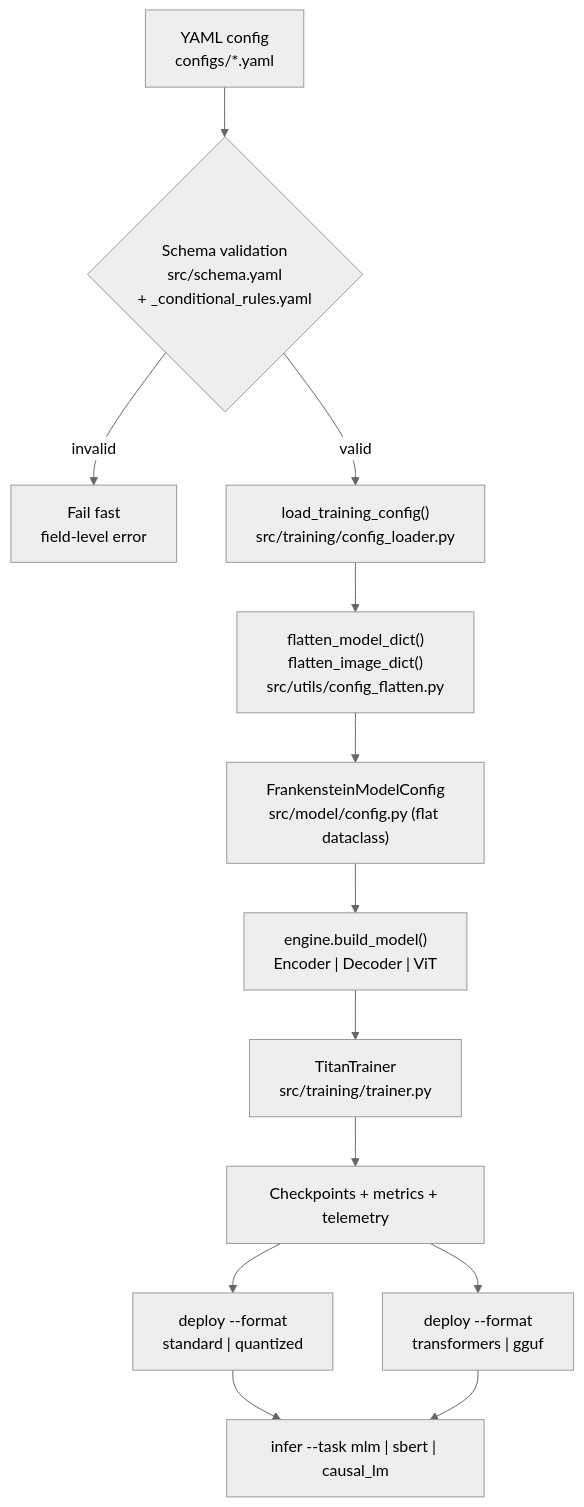
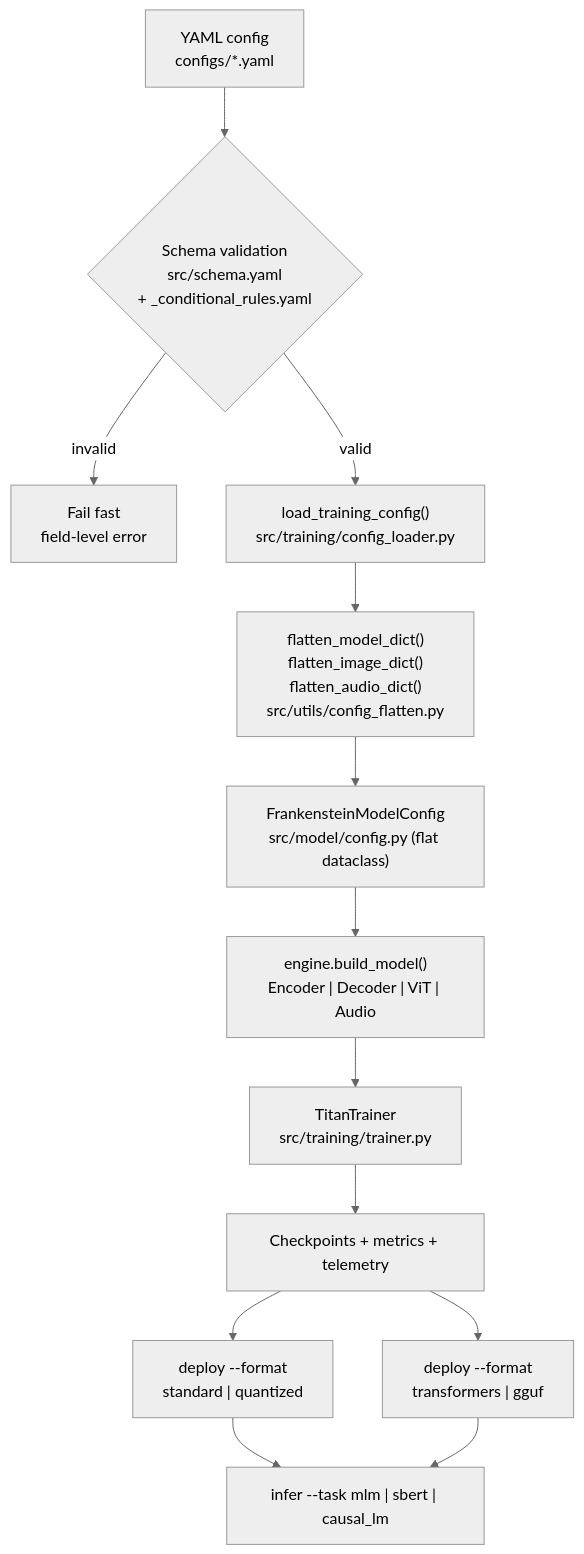
One commit to erickfmm/erickfmm.github.io changed the first of 5 diagrams in frankenstein-transformer/paper/specs/architecture.md. Above: the diagram before and after it, drawn with Mermaid (neutral theme). The commit also changed other lines of this file and 47 other files, not shown here.

````diff
--- a/frankenstein-transformer/paper/specs/architecture.md
+++ b/frankenstein-transformer/paper/specs/architecture.md
@@ -41,15 +41,15 @@
 ```mermaid
 flowchart TD
     Y["YAML config<br/>configs/*.yaml"] --> V{"Schema validation<br/>src/schema.yaml<br/>+ _conditional_rules.yaml"}
     V -- invalid --> E["Fail fast<br/>field-level error"]
     V -- valid --> L["load_training_config()<br/>src/training/config_loader.py"]
-    L --> F["flatten_model_dict()<br/>flatten_image_dict()<br/>src/utils/config_flatten.py"]
+    L --> F["flatten_model_dict()<br/>flatten_image_dict()<br/>flatten_audio_dict()<br/>src/utils/config_flatten.py"]
     F --> C["FrankensteinModelConfig<br/>src/model/config.py (flat dataclass)"]
-    C --> B["engine.build_model()<br/>Encoder | Decoder | ViT"]
+    C --> B["engine.build_model()<br/>Encoder | Decoder | ViT | Audio"]
     B --> T["TitanTrainer<br/>src/training/trainer.py"]
     T --> K["Checkpoints + metrics + telemetry"]
     K --> D["deploy --format<br/>standard | quantized"]
     K --> X["deploy --format<br/>transformers | gguf"]
     D --> I["infer --task mlm | sbert | causal_lm"]
     X --> I
 ```
````
